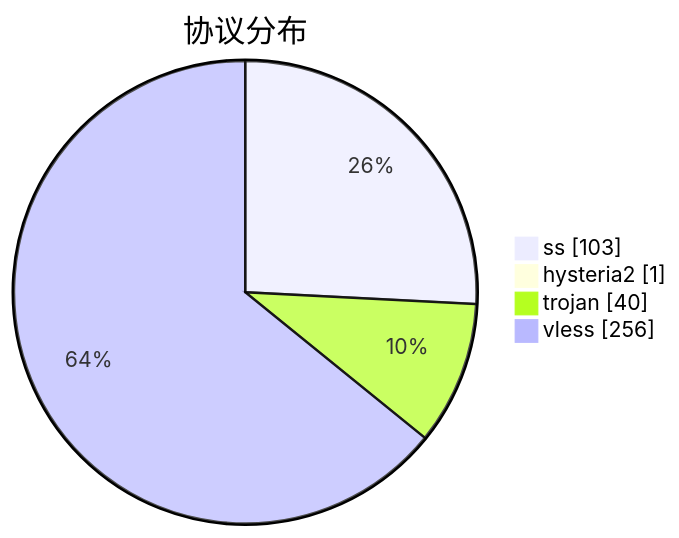
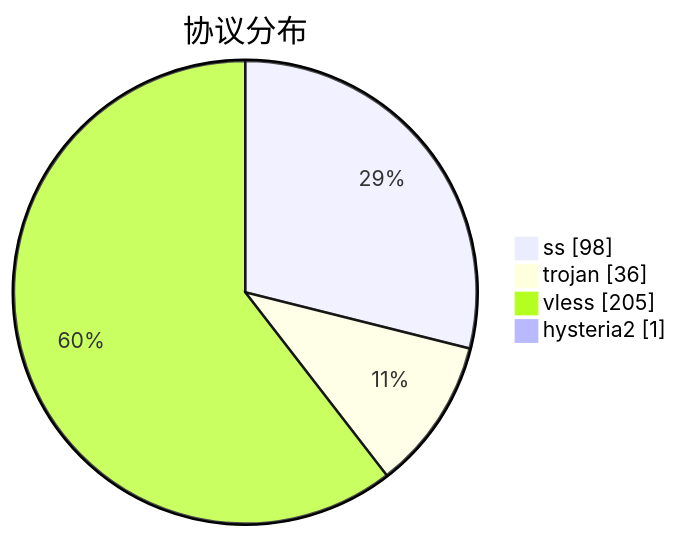
The third of 3 diagrams in subs/statistics/tested_within.md (qjlxg/airport), drawn with Mermaid before and after one commit. The commit also changed other lines of this file and 2 other files, not shown here.

````diff
--- a/subs/statistics/tested_within.md
+++ b/subs/statistics/tested_within.md
@@ -19,8 +19,8 @@
 ```mermaid
 pie showData
 title 协议分布
-"ss" : 103
+"ss" : 98
+"trojan" : 36
+"vless" : 205
 "hysteria2" : 1
-"trojan" : 40
-"vless" : 256
 ```
````
